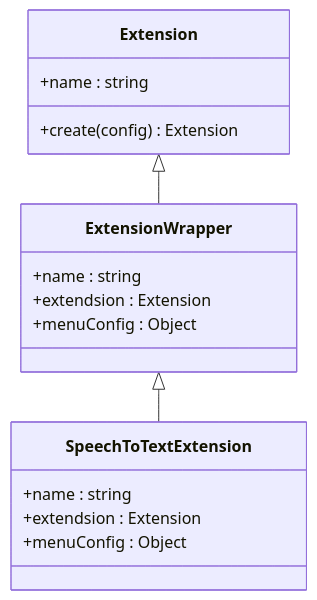
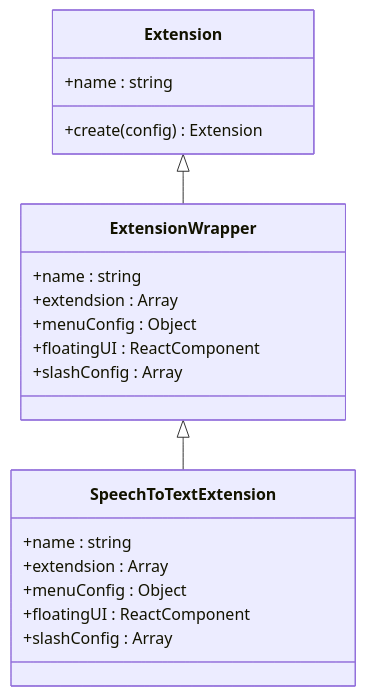
The third of 15 diagrams in .qoder/repowiki/zh/content/架构设计/插件系统架构/语音转文字插件.md (LRF0422/Kotion), drawn with Mermaid before and after one commit. The commit also changed other lines of this file and 13 other files, not shown here.

````diff
--- a/.qoder/repowiki/zh/content/架构设计/插件系统架构/语音转文字插件.md
+++ b/.qoder/repowiki/zh/content/架构设计/插件系统架构/语音转文字插件.md
@@ -111,19 +135,23 @@
 ```mermaid
 classDiagram
 class ExtensionWrapper {
 +name : string
-+extendsion : Extension
++extendsion : Array
 +menuConfig : Object
++floatingUI : ReactComponent
++slashConfig : Array
 }
 class SpeechToTextExtension {
 +name : string
-+extendsion : Extension
++extendsion : Array
 +menuConfig : Object
++floatingUI : ReactComponent
++slashConfig : Array
 }
 class Extension {
 +create(config) Extension
 +name : string
 }
 ExtensionWrapper <|-- SpeechToTextExtension
 Extension <|-- ExtensionWrapper
 ```
````
